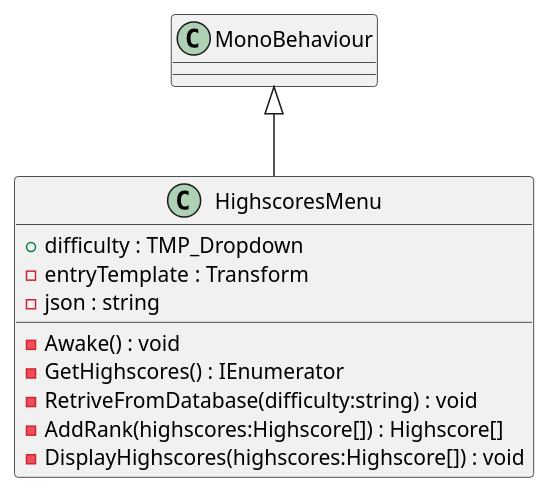
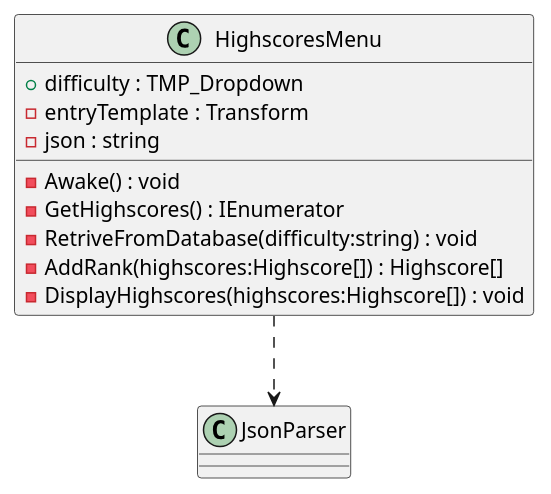
Before and after one commit to Eliaz-LR/3D-Minesweeper: the diagram in uml/Menu/HighscoresMenu.puml, drawn with PlantUML. The commit also changed 31 other files, not shown here.

Commit message:
few changes + UML shit

```diff
--- a/uml/Menu/HighscoresMenu.puml
+++ b/uml/Menu/HighscoresMenu.puml
@@ -1,13 +1,13 @@
 @startuml
 class HighscoresMenu {
     + difficulty : TMP_Dropdown
     - entryTemplate : Transform
     - json : string
     - Awake() : void
     - GetHighscores() : IEnumerator
     - RetriveFromDatabase(difficulty:string) : void
     - AddRank(highscores:Highscore[]) : Highscore[]
     - DisplayHighscores(highscores:Highscore[]) : void
 }
-MonoBehaviour <|-- HighscoresMenu
+HighscoresMenu ..> JsonParser
 @enduml
```
